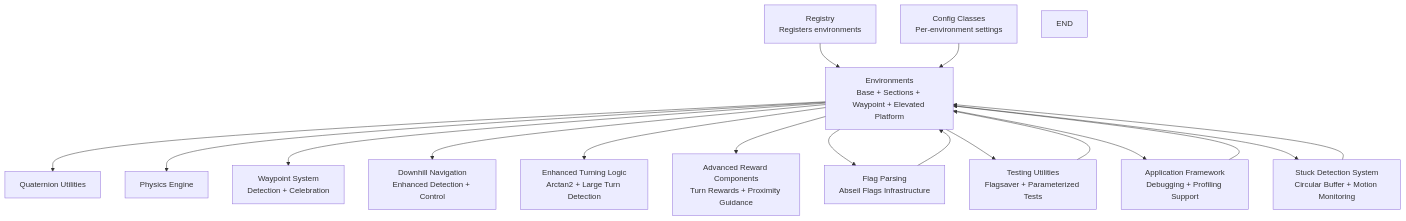
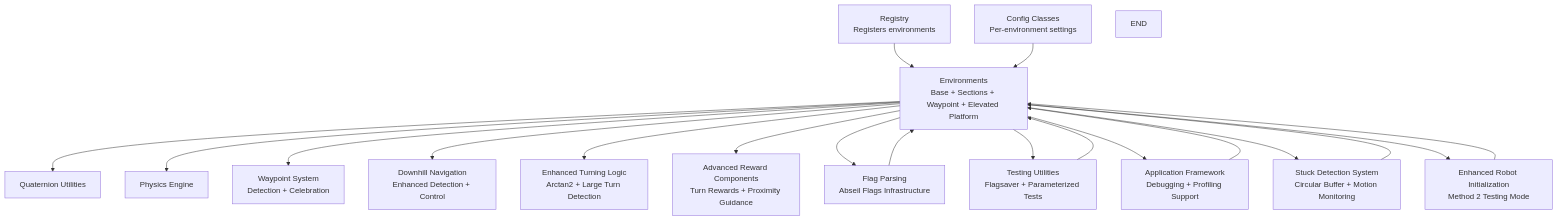
Before and after one commit to jayjayhust/MotrixLab: diagram 13 of 13 in .qoder/repowiki/en/content/Navigation Environments/VBot Navigation/VBot Navigation.md, drawn with Mermaid. The commit also changed other lines of this file and 2 other files, not shown here.

````diff
--- a/.qoder/repowiki/en/content/Navigation Environments/VBot Navigation/VBot Navigation.md
+++ b/.qoder/repowiki/en/content/Navigation Environments/VBot Navigation/VBot Navigation.md
@@ -772,33 +829,36 @@
 ```mermaid
 graph TB
 REG["Registry<br/>Registers environments"]
 CFG["Config Classes<br/>Per-environment settings"]
 ENV["Environments<br/>Base + Sections + Waypoint + Elevated Platform"]
 MATH["Quaternion Utilities"]
 SIM["Physics Engine"]
 WP["Waypoint System<br/>Detection + Celebration"]
 DH["Downhill Navigation<br/>Enhanced Detection + Control"]
 TURN["Enhanced Turning Logic<br/>Arctan2 + Large Turn Detection"]
 RWD["Advanced Reward Components<br/>Turn Rewards + Proximity Guidance"]
 FLAG["Flag Parsing<br/>Abseil Flags Infrastructure"]
 TEST["Testing Utilities<br/>Flagsaver + Parameterized Tests"]
 APP["Application Framework<br/>Debugging + Profiling Support"]
 STUCK["Stuck Detection System<br/>Circular Buffer + Motion Monitoring"]
+INIT["Enhanced Robot Initialization<br/>Method 2 Testing Mode"]
 END
 REG --> ENV
 CFG --> ENV
 ENV --> MATH
 ENV --> SIM
 ENV --> WP
 ENV --> DH
 ENV --> TURN
 ENV --> RWD
 ENV --> FLAG
 ENV --> TEST
 ENV --> APP
 ENV --> STUCK
+ENV --> INIT
 FLAG --> ENV
 TEST --> ENV
 APP --> ENV
 STUCK --> ENV
+INIT --> ENV
 ```
````
